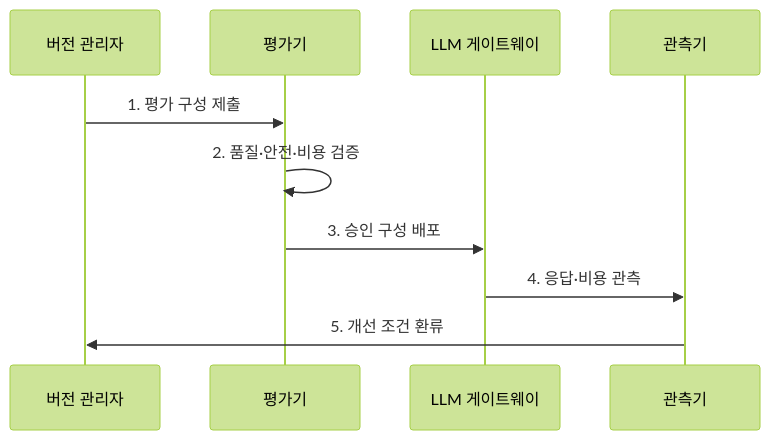
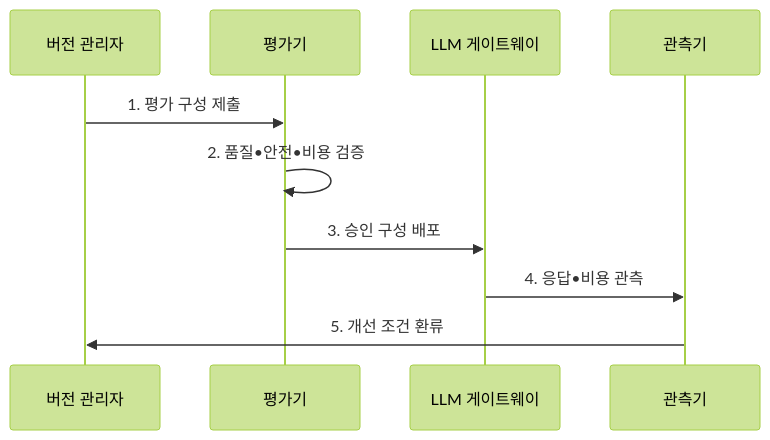
Before and after one commit to agnusdei1207/knowledge-base: the second of 2 diagrams in src/content/docs/notes/03-software/203_llmops.md, drawn with Mermaid (forest theme). The commit also changed other lines of this file and 953 other files, not shown here.

````diff
--- a/src/content/docs/notes/03-software/203_llmops.md
+++ b/src/content/docs/notes/03-software/203_llmops.md
@@ -106,12 +106,12 @@
 ```mermaid
 sequenceDiagram
     participant V as 버전 관리자
     participant E as 평가기
     participant G as LLM 게이트웨이
     participant O as 관측기
     V->>E: 1. 평가 구성 제출
-    E->>E: 2. 품질·안전·비용 검증
+    E->>E: 2. 품질•안전•비용 검증
     E->>G: 3. 승인 구성 배포
-    G->>O: 4. 응답·비용 관측
+    G->>O: 4. 응답•비용 관측
     O->>V: 5. 개선 조건 환류
 ```
````
